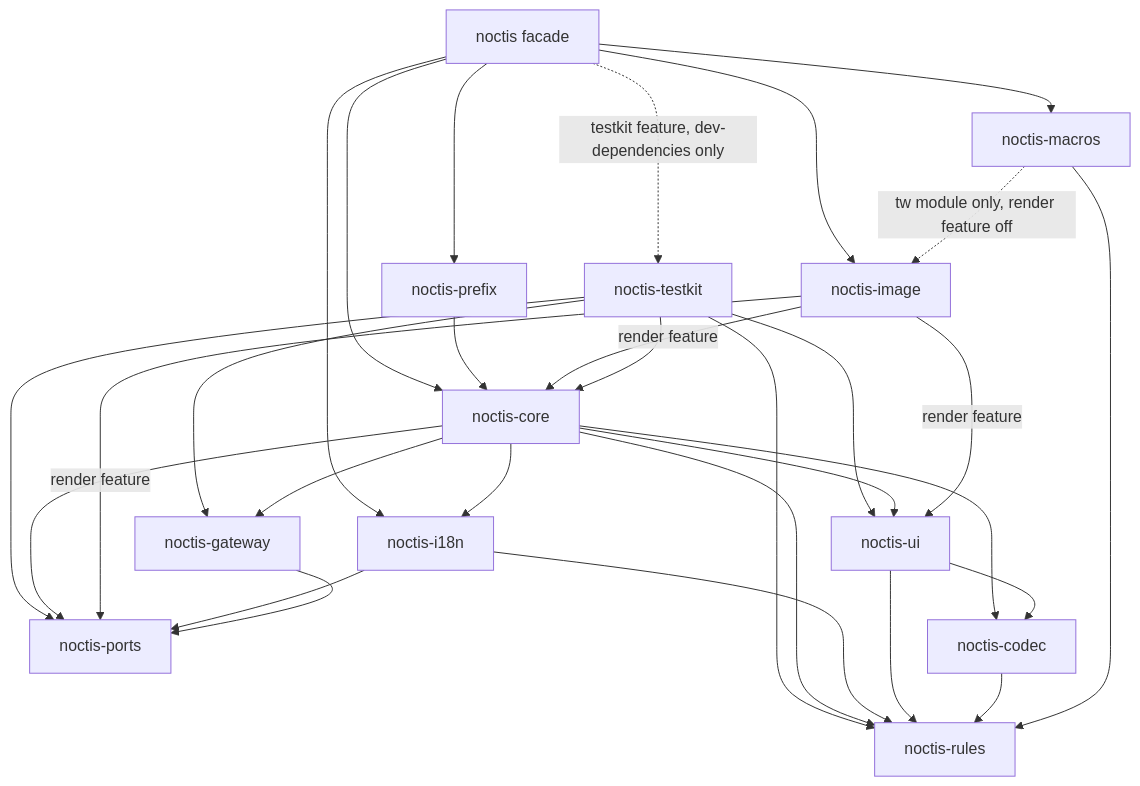
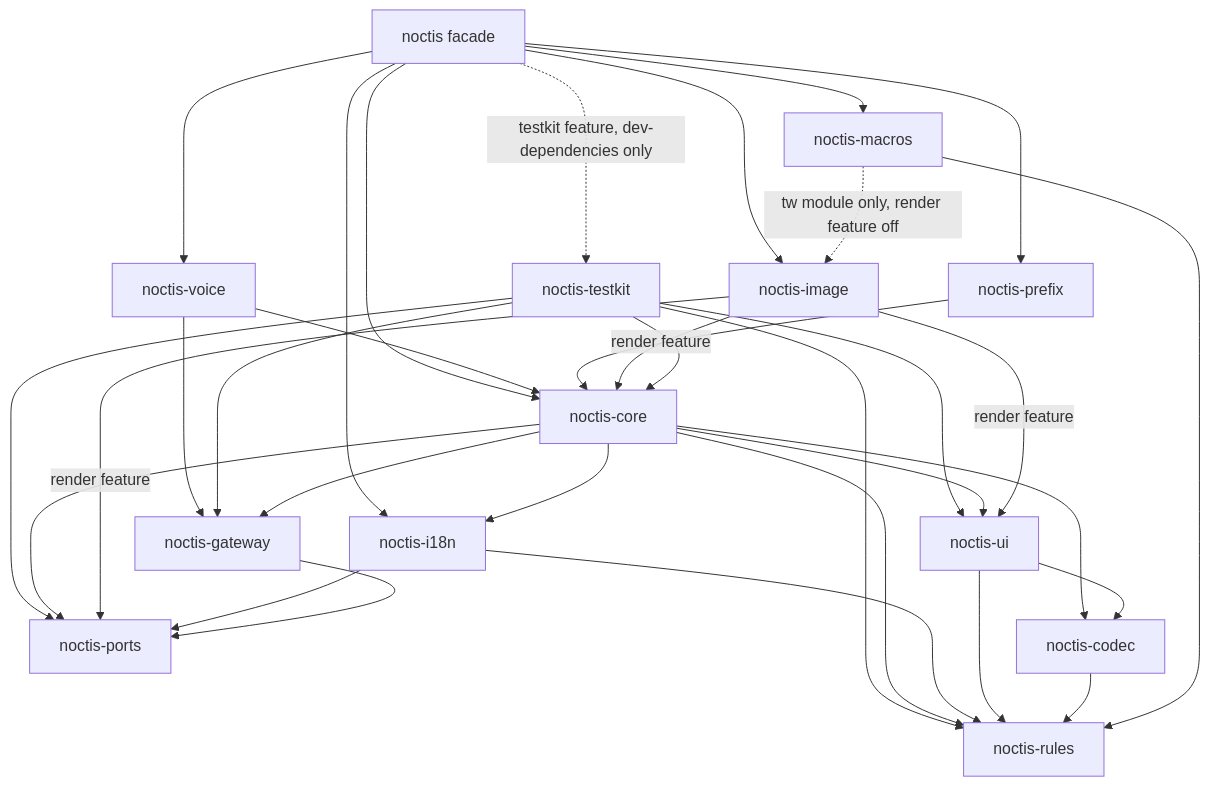
The first of 2 diagrams in _bmad-output/planning-artifacts/architecture/architecture-noctis-rs-2026-10-19/ARCHITECTURE-SPINE.md (ErdemGKSL/noctis-rs), drawn with Mermaid before and after one commit. The commit also changed other lines of this file and 4 other files, not shown here.

````diff
--- a/_bmad-output/planning-artifacts/architecture/architecture-noctis-rs-2026-10-19/ARCHITECTURE-SPINE.md
+++ b/_bmad-output/planning-artifacts/architecture/architecture-noctis-rs-2026-10-19/ARCHITECTURE-SPINE.md
@@ -58,32 +58,35 @@
 ```mermaid
 graph TD
   noctis[noctis facade] --> core[noctis-core]
   noctis --> macros[noctis-macros]
   noctis --> image[noctis-image]
   noctis --> i18n[noctis-i18n]
   noctis --> prefix[noctis-prefix]
+  noctis --> voice[noctis-voice]
+  voice --> core
+  voice --> gateway
   noctis -.->|testkit feature, dev-dependencies only| testkit[noctis-testkit]
   prefix --> core
   image -->|render feature| core
   testkit --> core
   testkit --> gateway
   testkit --> ports
   testkit --> ui
   testkit --> rules
   core --> gateway[noctis-gateway]
   core --> i18n
   core --> ui[noctis-ui]
   core --> ports[noctis-ports]
   core --> codec[noctis-codec]
   core --> rules[noctis-rules]
   image -->|render feature| ui
   image -->|render feature| ports
   i18n --> ports
   i18n --> rules
   gateway --> ports
   ui --> codec
   ui --> rules
   codec --> rules
   macros --> rules
   macros -.->|tw module only, render feature off| image
 ```
````
